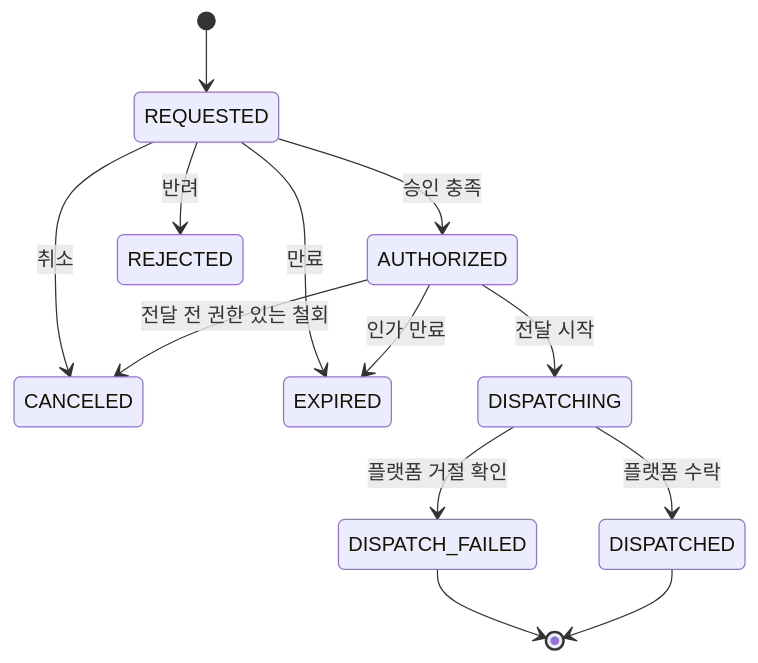
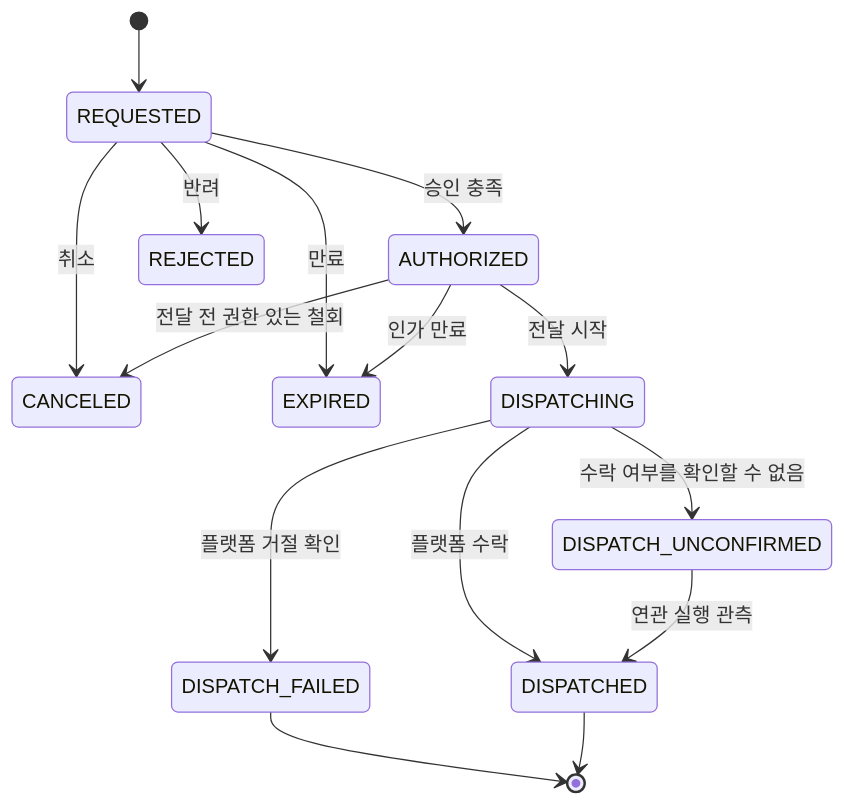
Before and after one commit to always0ne/batchplane: the second of 4 diagrams in docs/domain-model.ko.md, drawn with Mermaid. The commit also changed other lines of this file and 63 other files, not shown here.

````diff
--- a/docs/domain-model.ko.md
+++ b/docs/domain-model.ko.md
@@ -231,15 +231,17 @@
 ```mermaid
 stateDiagram-v2
     [*] --> REQUESTED
     REQUESTED --> AUTHORIZED: 승인 충족
     REQUESTED --> REJECTED: 반려
     REQUESTED --> CANCELED: 취소
     REQUESTED --> EXPIRED: 만료
     AUTHORIZED --> CANCELED: 전달 전 권한 있는 철회
     AUTHORIZED --> DISPATCHING: 전달 시작
     AUTHORIZED --> EXPIRED: 인가 만료
     DISPATCHING --> DISPATCHED: 플랫폼 수락
     DISPATCHING --> DISPATCH_FAILED: 플랫폼 거절 확인
+    DISPATCHING --> DISPATCH_UNCONFIRMED: 수락 여부를 확인할 수 없음
+    DISPATCH_UNCONFIRMED --> DISPATCHED: 연관 실행 관측
     DISPATCH_FAILED --> [*]
     DISPATCHED --> [*]
 ```
````
